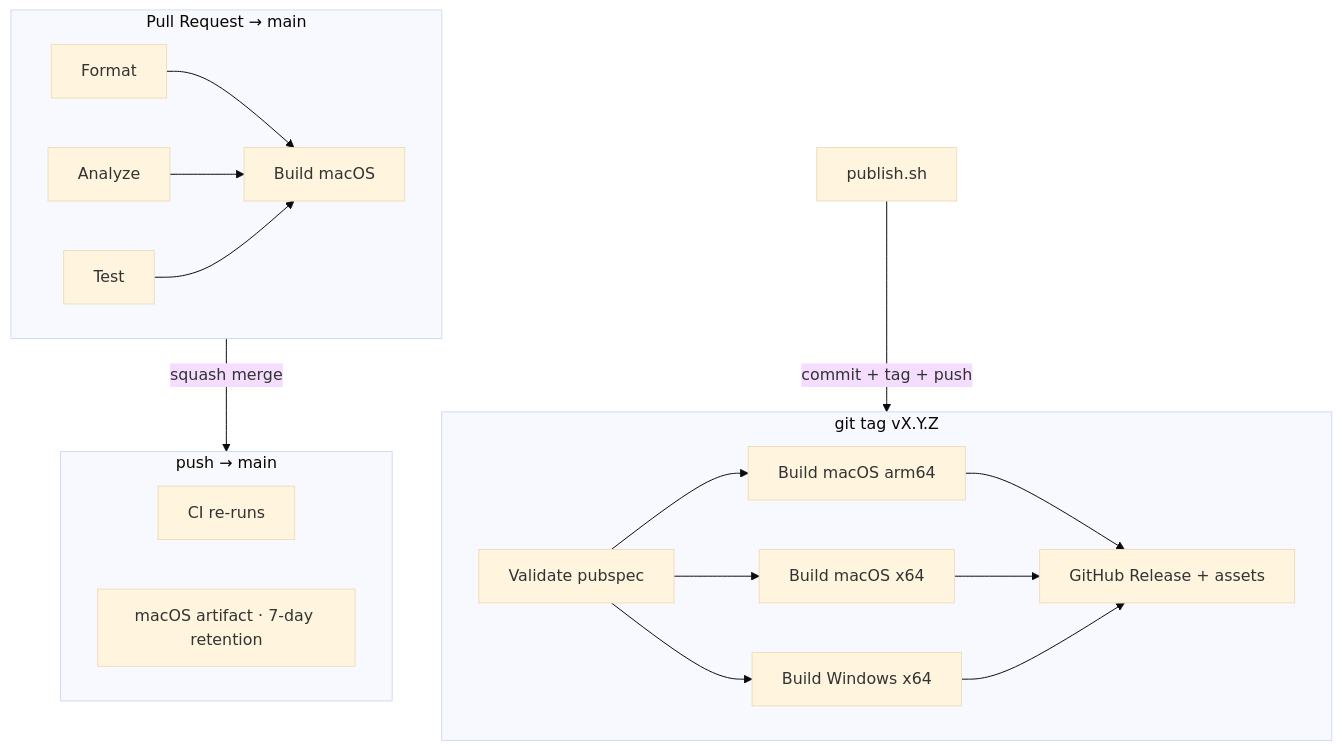
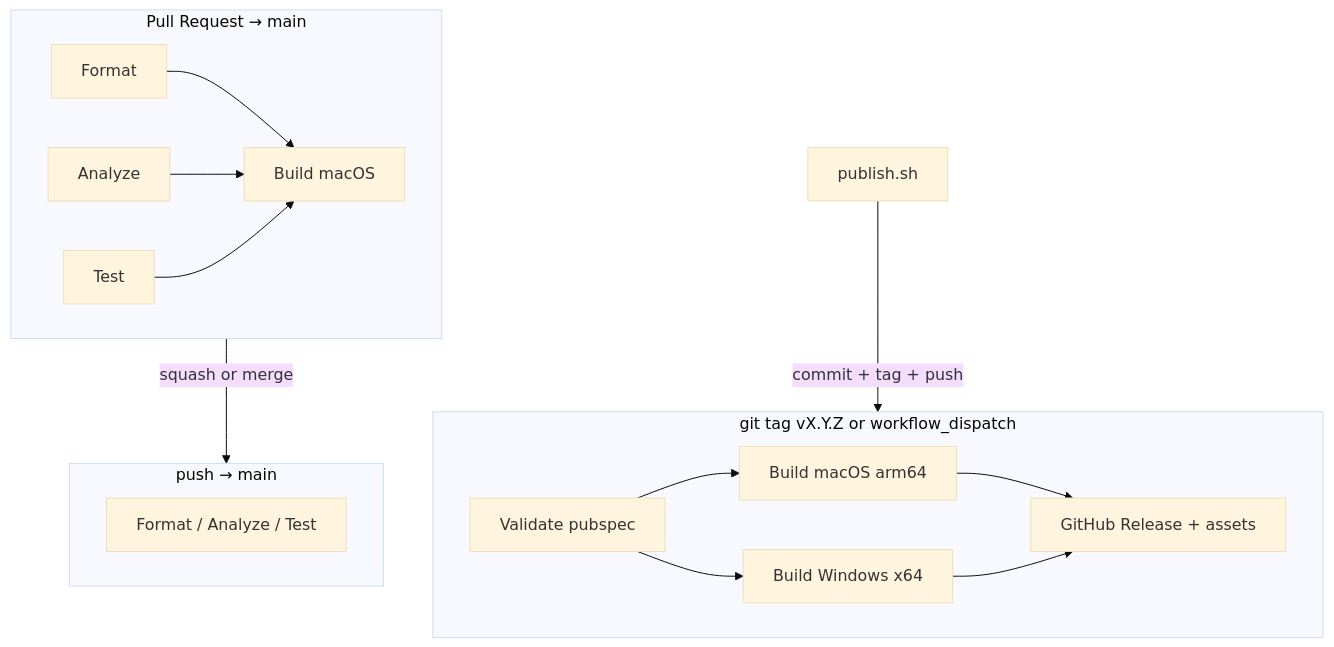
The diagram in docs/release/CI-CD.md (roshandroids/AI_Tray), drawn with Mermaid (base theme) before and after one commit. The commit also changed other lines of this file and 12 other files, not shown here.

````diff
--- a/docs/release/CI-CD.md
+++ b/docs/release/CI-CD.md
@@ -14,27 +15,25 @@
 ```mermaid
 flowchart TB
   subgraph PR["Pull Request → main"]
     F[Format]
     A[Analyze]
     T[Test]
     BM[Build macOS]
     F & A & T --> BM
   end
 
   subgraph MAIN["push → main"]
-    CI[CI re-runs]
-    ART[macOS artifact · 7-day retention]
+    CI[Format / Analyze / Test]
   end
 
-  subgraph REL["git tag vX.Y.Z"]
+  subgraph REL["git tag vX.Y.Z or workflow_dispatch"]
     V[Validate pubspec]
     MA[Build macOS arm64]
-    MX[Build macOS x64]
     WIN[Build Windows x64]
     GH[GitHub Release + assets]
-    V --> MA & MX & WIN --> GH
+    V --> MA & WIN --> GH
   end
 
-  PR -->|squash merge| MAIN
+  PR -->|squash or merge| MAIN
   PUB[publish.sh] -->|commit + tag + push| REL
 ```
````
